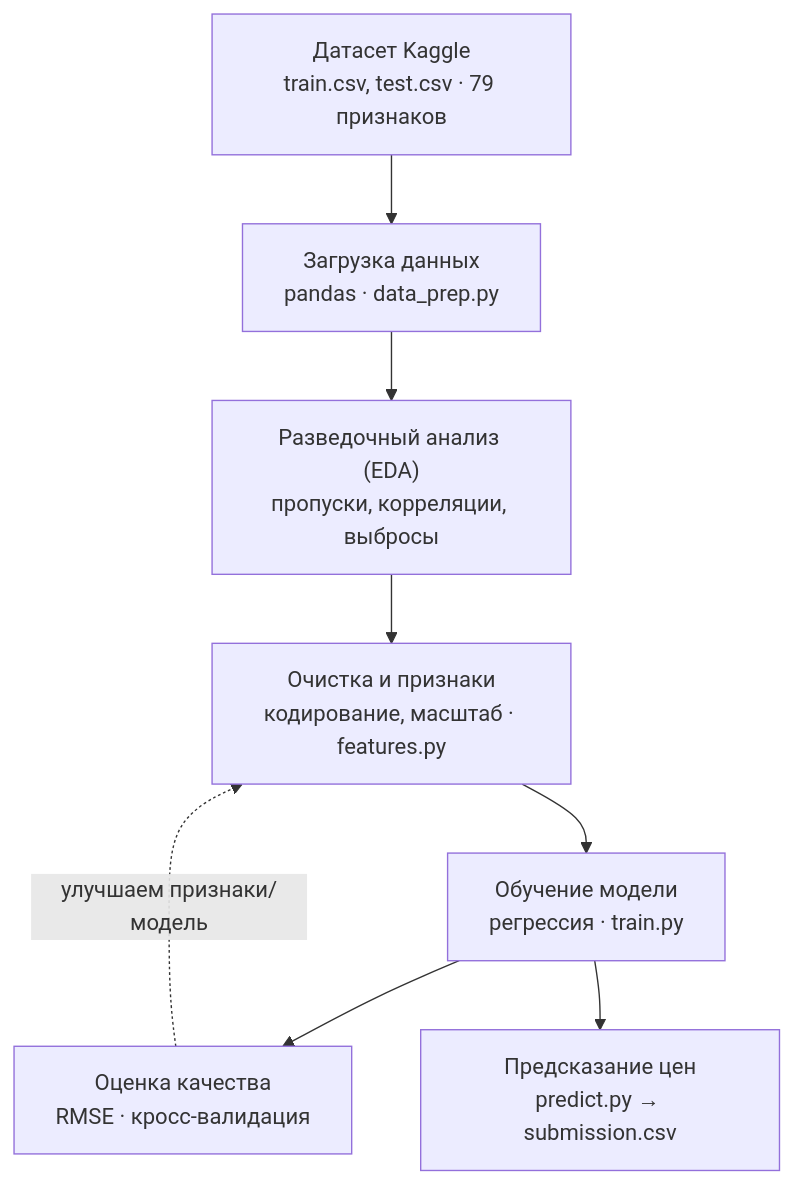
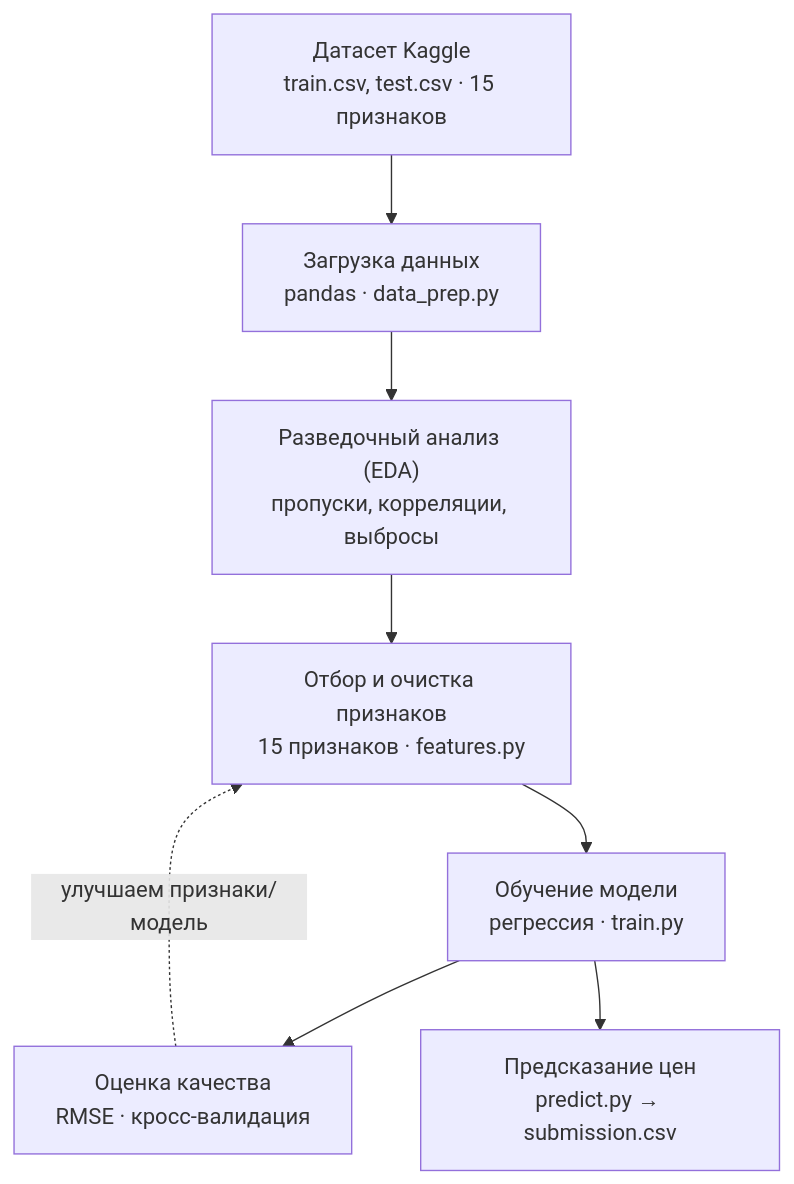
Before and after one commit to Fotn29092006/House-prices-compition-ML-system-: the diagram in README.md, drawn with Mermaid. The commit also changed other lines of this file and 13 other files, not shown here.

````diff
--- a/README.md
+++ b/README.md
@@ -48,10 +44,10 @@
 ```mermaid
 flowchart TD
-    A["Датасет Kaggle<br/>train.csv, test.csv · 79 признаков"] --> B["Загрузка данных<br/>pandas · data_prep.py"]
+    A["Датасет Kaggle<br/>train.csv, test.csv · 15 признаков"] --> B["Загрузка данных<br/>pandas · data_prep.py"]
     B --> C["Разведочный анализ (EDA)<br/>пропуски, корреляции, выбросы"]
-    C --> D["Очистка и признаки<br/>кодирование, масштаб · features.py"]
+    C --> D["Отбор и очистка признаков<br/>15 признаков · features.py"]
     D --> E["Обучение модели<br/>регрессия · train.py"]
     E --> F["Оценка качества<br/>RMSE · кросс-валидация"]
     E --> G["Предсказание цен<br/>predict.py → submission.csv"]
     F -. улучшаем признаки/модель .-> D
 ```
````
